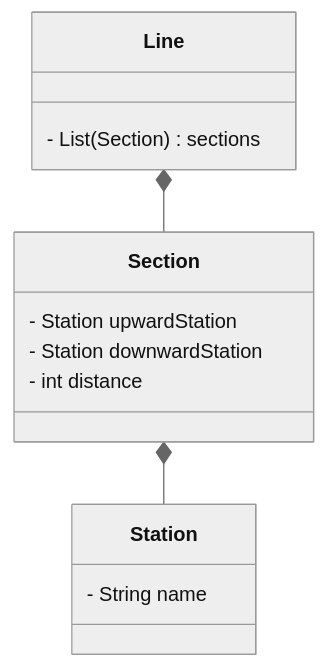
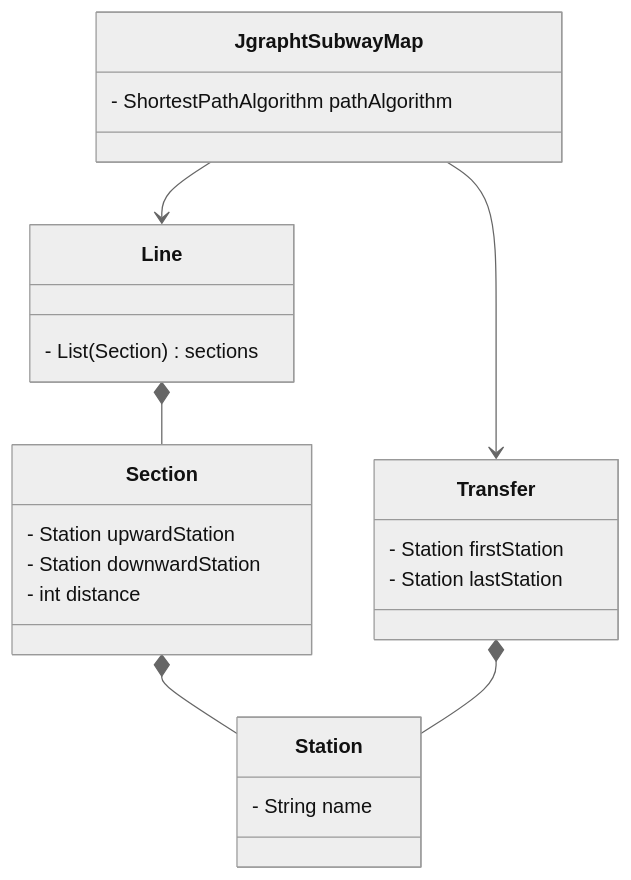
One commit to woowacourse/jwp-subway-path changed the second of 3 diagrams in README.md. Above: the diagram before and after it, drawn with Mermaid (neutral theme). The commit also changed other lines of this file and 72 other files, not shown here.

````diff
--- a/README.md
+++ b/README.md
@@ -23,16 +33,26 @@
 ```mermaid
 classDiagram
+    JgraphtSubwayMap --> Line
+    JgraphtSubwayMap --> Transfer
     Line *-- Section
     Section *-- Station
+    Transfer *-- Station
     class Line {
         - List(Section) sections
     }
     class Section {
         - Station upwardStation
         - Station downwardStation
         - int distance
     }
     class Station {
         - String name
     }
+    class Transfer {
+        - Station firstStation
+        - Station lastStation
+    }
+    class JgraphtSubwayMap{
+        - ShortestPathAlgorithm pathAlgorithm
+    }
 ```
````
